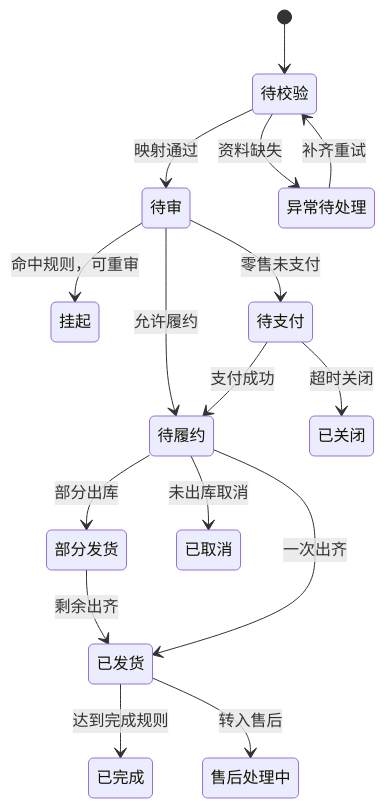
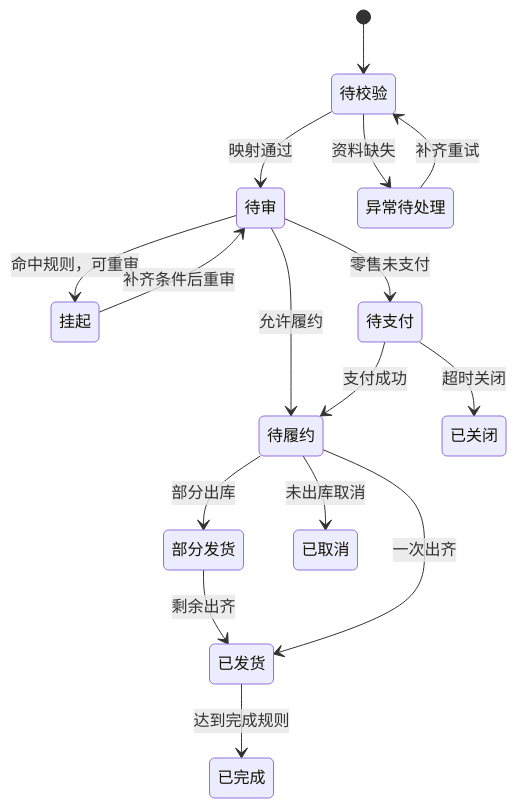
The diagram in src/business-system/supply-chain/oms/domain-model.md (Asteroid-lin/my-blog), drawn with Mermaid before and after one commit. The commit also changed other lines of this file and 82 other files, not shown here.

````diff
--- a/src/business-system/supply-chain/oms/domain-model.md
+++ b/src/business-system/supply-chain/oms/domain-model.md
@@ -29,19 +29,19 @@
 ```mermaid
 stateDiagram-v2
   direction TB
   [*] --> 待校验
   待校验 --> 待审: 映射通过
   待校验 --> 异常待处理: 资料缺失
   异常待处理 --> 待校验: 补齐重试
   待审 --> 挂起: 命中规则，可重审
+  挂起 --> 待审: 补齐条件后重审
   待审 --> 待支付: 零售未支付
   待审 --> 待履约: 允许履约
   待支付 --> 待履约: 支付成功
   待支付 --> 已关闭: 超时关闭
   待履约 --> 部分发货: 部分出库
   部分发货 --> 已发货: 剩余出齐
   待履约 --> 已发货: 一次出齐
   待履约 --> 已取消: 未出库取消
   已发货 --> 已完成: 达到完成规则
-  已发货 --> 售后处理中: 转入售后
 ```
````
